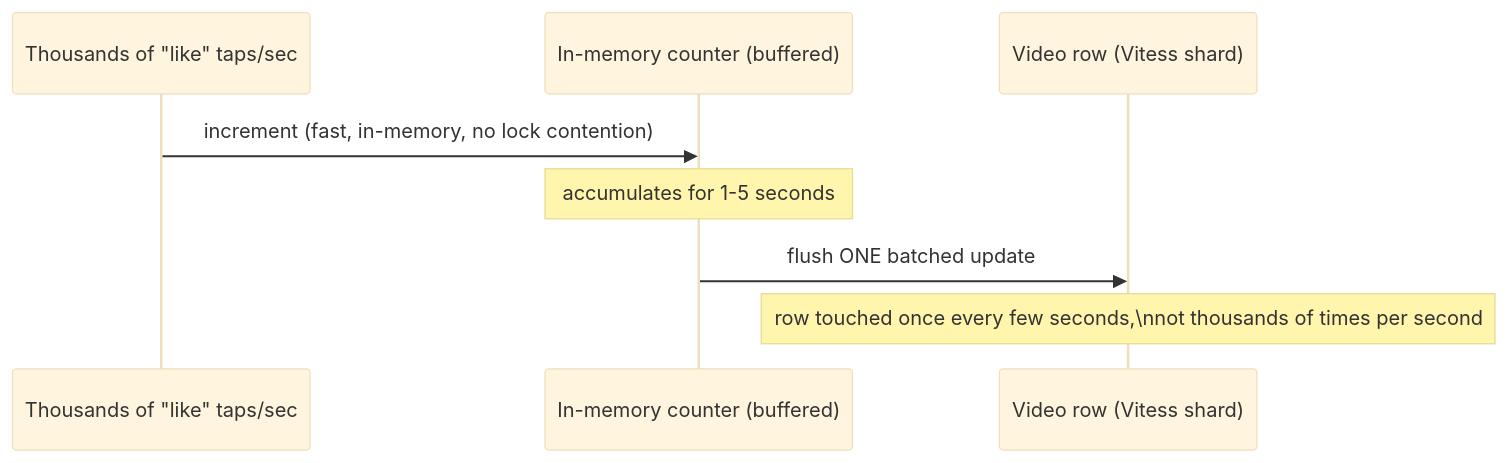
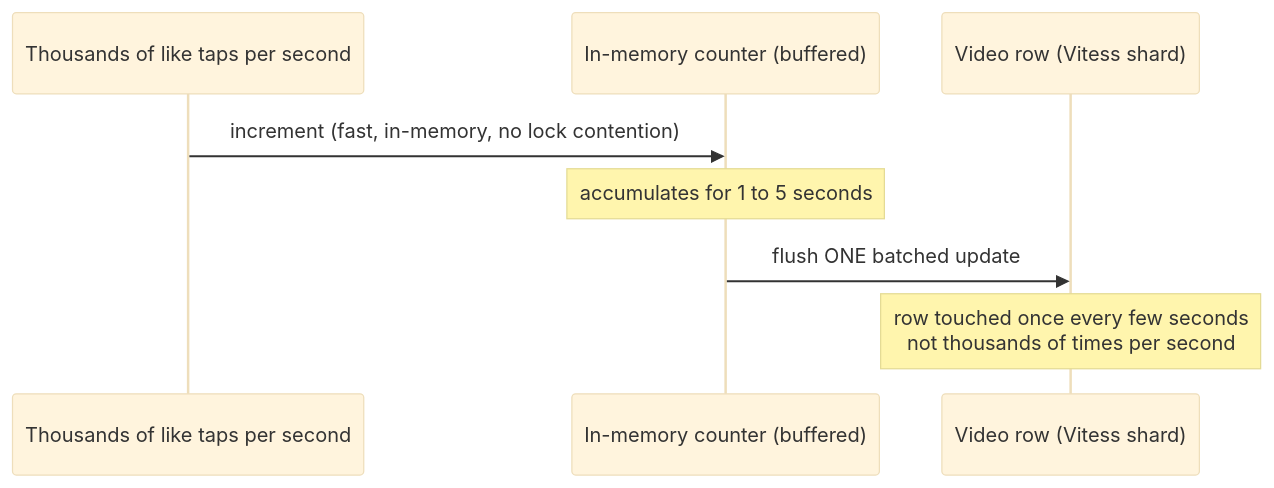
Before and after one commit to riyaz-pasha/Learnings: diagram 16 of 25 in system-design/HLD/0-course/26-Design YouTube-FAANG-Guide-story.md, drawn with Mermaid (base theme). The commit also changed other lines of this file and 1 other file, not shown here.

Commit message:
docs: simplify language and clean up mermaid diagrams in YouTube design guide

````diff
--- a/system-design/HLD/0-course/26-Design YouTube-FAANG-Guide-story.md
+++ b/system-design/HLD/0-course/26-Design YouTube-FAANG-Guide-story.md
@@ -332,10 +578,11 @@
 ```mermaid
 sequenceDiagram
-    participant U as Thousands of "like" taps/sec
+    participant U as Thousands of like taps per second
     participant Ctr as In-memory counter (buffered)
     participant DB as Video row (Vitess shard)
+
     U->>Ctr: increment (fast, in-memory, no lock contention)
-    Note over Ctr: accumulates for 1-5 seconds
+    Note over Ctr: accumulates for 1 to 5 seconds
     Ctr->>DB: flush ONE batched update
-    Note over DB: row touched once every few seconds,\nnot thousands of times per second
+    Note over DB: row touched once every few seconds<br/>not thousands of times per second
 ```
````
